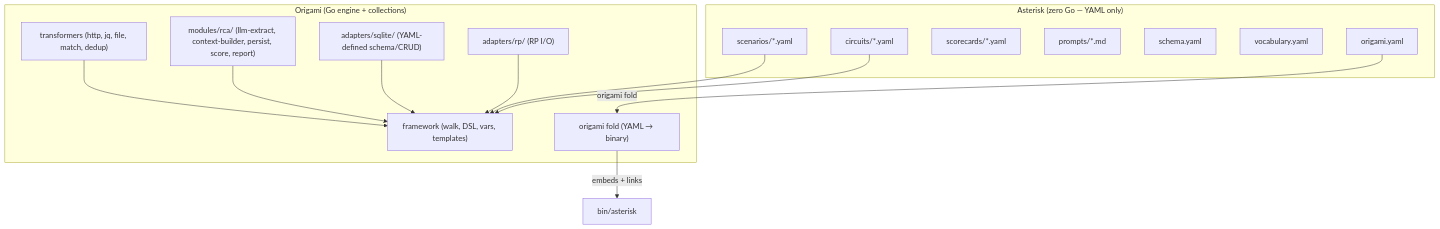
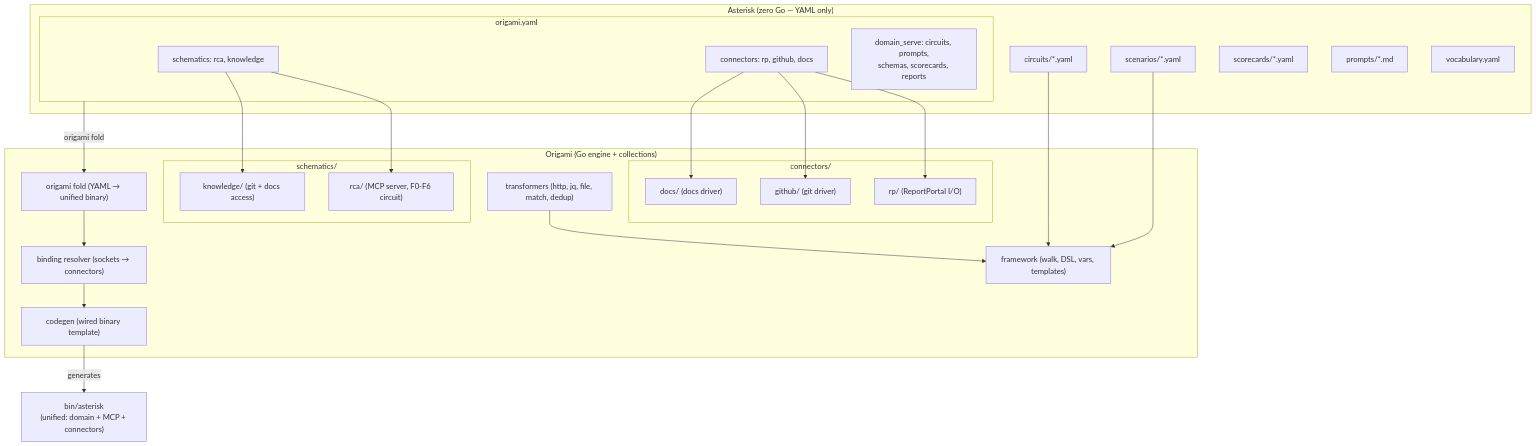
One commit to dpopsuev/asterisk changed the diagram in .cursor/contracts/current-goal.mdc. Above: the diagram before and after it, drawn with Mermaid. The commit also changed other lines of this file and 5 other files, not shown here.

First line of the commit message:
feat(circuit): Knowledge subgraph composition — gather-code node

````diff
--- a/.cursor/contracts/current-goal.mdc
+++ b/.cursor/contracts/current-goal.mdc
@@ -62,28 +78,42 @@
 ```mermaid
 flowchart TB
   subgraph asterisk ["Asterisk (zero Go — YAML only)"]
+    subgraph manifest ["origami.yaml"]
+      m_schematics["schematics: rca, knowledge"]
+      m_connectors["connectors: rp, github, docs"]
+      m_assets["domain_serve: circuits, prompts,\nschemas, scorecards, reports"]
+    end
     circuits["circuits/*.yaml"]
     scenarios["scenarios/*.yaml"]
     scorecards["scorecards/*.yaml"]
     prompts["prompts/*.md"]
-    schema["schema.yaml"]
     vocab["vocabulary.yaml"]
-    manifest["origami.yaml"]
   end
   subgraph origami ["Origami (Go engine + collections)"]
     engine["framework (walk, DSL, vars, templates)"]
-    rpAdapter["adapters/rp/ (RP I/O)"]
-    sqliteAdapter["adapters/sqlite/ (YAML-defined schema/CRUD)"]
-    rcaModules["modules/rca/ (llm-extract, context-builder, persist, score, report)"]
-    fold["origami fold (YAML → binary)"]
+    fold["origami fold (YAML → unified binary)"]
+    resolver["binding resolver (sockets → connectors)"]
+    codegen["codegen (wired binary template)"]
+    subgraph schematics ["schematics/"]
+      rcaSch["rca/ (MCP server, F0-F6 circuit)"]
+      knowSch["knowledge/ (git + docs access)"]
+    end
+    subgraph connectors ["connectors/"]
+      rpConn["rp/ (ReportPortal I/O)"]
+      ghConn["github/ (git driver)"]
+      docsConn["docs/ (docs driver)"]
+    end
     transformers["transformers (http, jq, file, match, dedup)"]
   end
   manifest -->|"origami fold"| fold
-  fold -->|"embeds + links"| binary["bin/asterisk"]
+  fold --> resolver --> codegen
+  codegen -->|"generates"| binary["bin/asterisk\n(unified: domain + MCP + connectors)"]
+  m_schematics --> rcaSch
+  m_schematics --> knowSch
+  m_connectors --> rpConn
+  m_connectors --> ghConn
+  m_connectors --> docsConn
   circuits --> engine
   scenarios --> engine
-  rpAdapter --> engine
-  sqliteAdapter --> engine
-  rcaModules --> engine
   transformers --> engine
 ```
````
